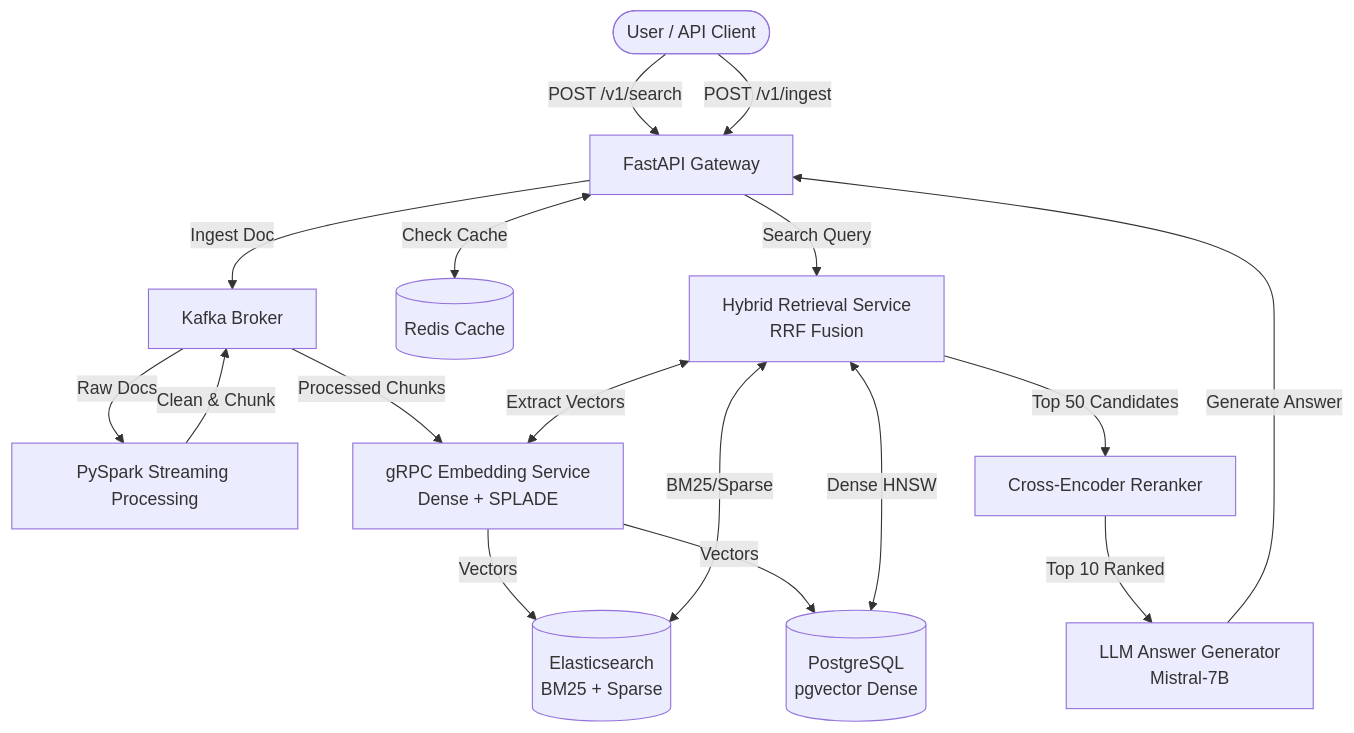
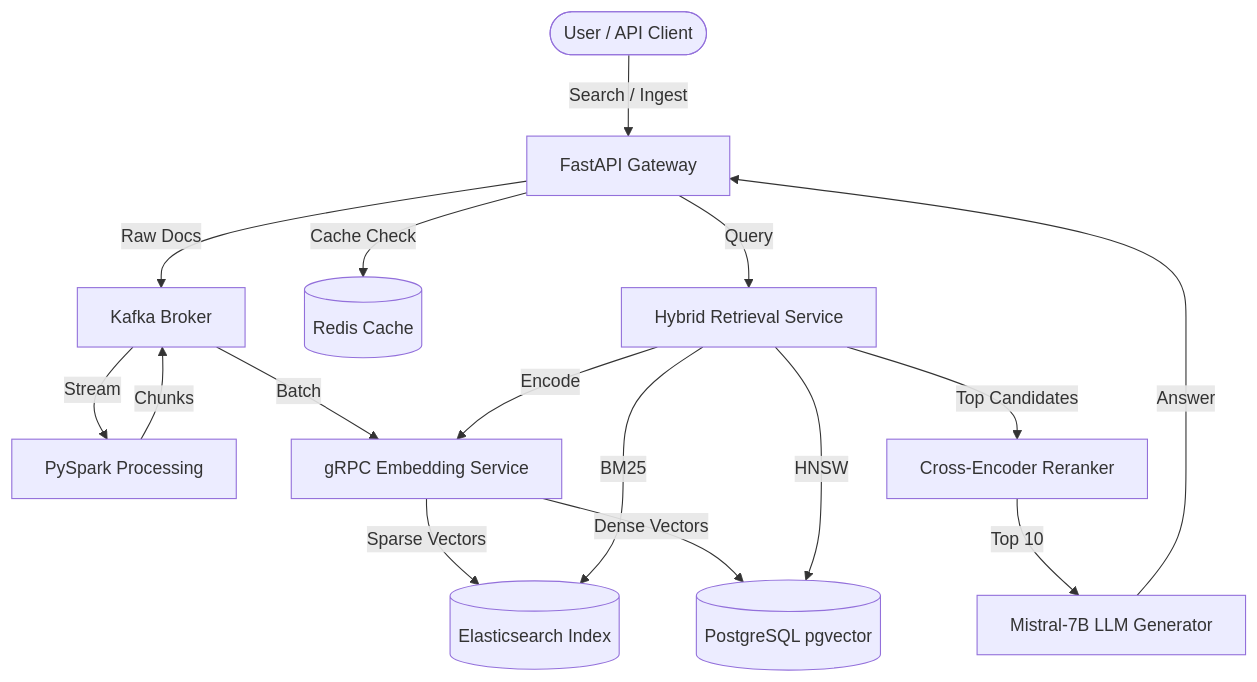
The diagram in README.md (Paramveersingh-S/Semantic-search-RAG), drawn with Mermaid before and after one commit.

Commit message:
fix: simplify mermaid diagram to fix github rendering error

````diff
--- a/README.md
+++ b/README.md
@@ -24,43 +24,33 @@
 ```mermaid
 graph TD
-    %% Users & Gateway
-    User([User / API Client])
-    API[FastAPI Gateway]
+    User(["User / API Client"])
+    API["FastAPI Gateway"]
+    Kafka["Kafka Broker"]
+    Spark["PySpark Processing"]
+    ES[("Elasticsearch Index")]
+    PG[("PostgreSQL pgvector")]
+    Redis[("Redis Cache")]
+    Embed["gRPC Embedding Service"]
+    Retrieval["Hybrid Retrieval Service"]
+    Rerank["Cross-Encoder Reranker"]
+    RAG["Mistral-7B LLM Generator"]
+
+    User -- "Search / Ingest" --> API
+    API -- "Cache Check" --> Redis
+    API -- "Raw Docs" --> Kafka
+    Kafka -- "Stream" --> Spark
+    Spark -- "Chunks" --> Kafka
+    Kafka -- "Batch" --> Embed
     
-    %% Ingestion Pipeline
-    Kafka[Kafka Broker]
-    Spark[PySpark Streaming Processing]
+    Embed -- "Sparse Vectors" --> ES
+    Embed -- "Dense Vectors" --> PG
     
-    %% Storage & Index
-    ES[(Elasticsearch<br/>BM25 + Sparse)]
-    PG[(PostgreSQL<br/>pgvector Dense)]
-    Redis[(Redis Cache)]
+    API -- "Query" --> Retrieval
+    Retrieval -- "Encode" --> Embed
+    Retrieval -- "BM25" --> ES
+    Retrieval -- "HNSW" --> PG
     
-    %% ML Services
-    Embed[gRPC Embedding Service<br/>Dense + SPLADE]
-    Retrieval[Hybrid Retrieval Service<br/>RRF Fusion]
-    Rerank[Cross-Encoder Reranker]
-    RAG[LLM Answer Generator<br/>Mistral-7B]
-
-    %% Connections
-    User -->|POST /v1/search| API
-    User -->|POST /v1/ingest| API
-    
-    API <-->|Check Cache| Redis
-    API -->|Ingest Doc| Kafka
-    Kafka -->|Raw Docs| Spark
-    Spark -->|Clean & Chunk| Kafka
-    Kafka -->|Processed Chunks| Embed
-    
-    Embed -->|Vectors| ES
-    Embed -->|Vectors| PG
-    
-    API -->|Search Query| Retrieval
-    Retrieval <-->|Extract Vectors| Embed
-    Retrieval <-->|BM25/Sparse| ES
-    Retrieval <-->|Dense HNSW| PG
-    
-    Retrieval -->|Top 50 Candidates| Rerank
-    Rerank -->|Top 10 Ranked| RAG
-    RAG -->|Generate Answer| API
+    Retrieval -- "Top Candidates" --> Rerank
+    Rerank -- "Top 10" --> RAG
+    RAG -- "Answer" --> API
 ```
````
